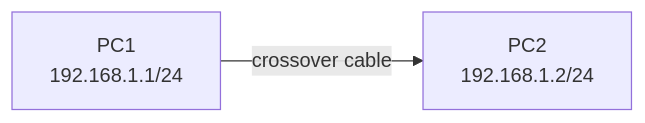
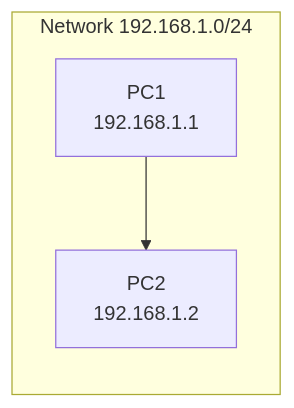
The first of 2 diagrams in project-1/README.md (rick-homelab/ccna-handson-labs), drawn with Mermaid before and after one commit.

````diff
--- a/project-1/README.md
+++ b/project-1/README.md
@@ -45,4 +45,8 @@
 ```mermaid
 graph LR
-A[PC1</br>192.168.1.1/24] -->|crossover cable| B[PC2</br>192.168.1.2/24]
+    subgraph Network 192.168.1.0/24
+        A[PC1</br>192.168.1.1]
+        B[PC2</br>192.168.1.2]
+    end
+    A --> B
 ```
````
